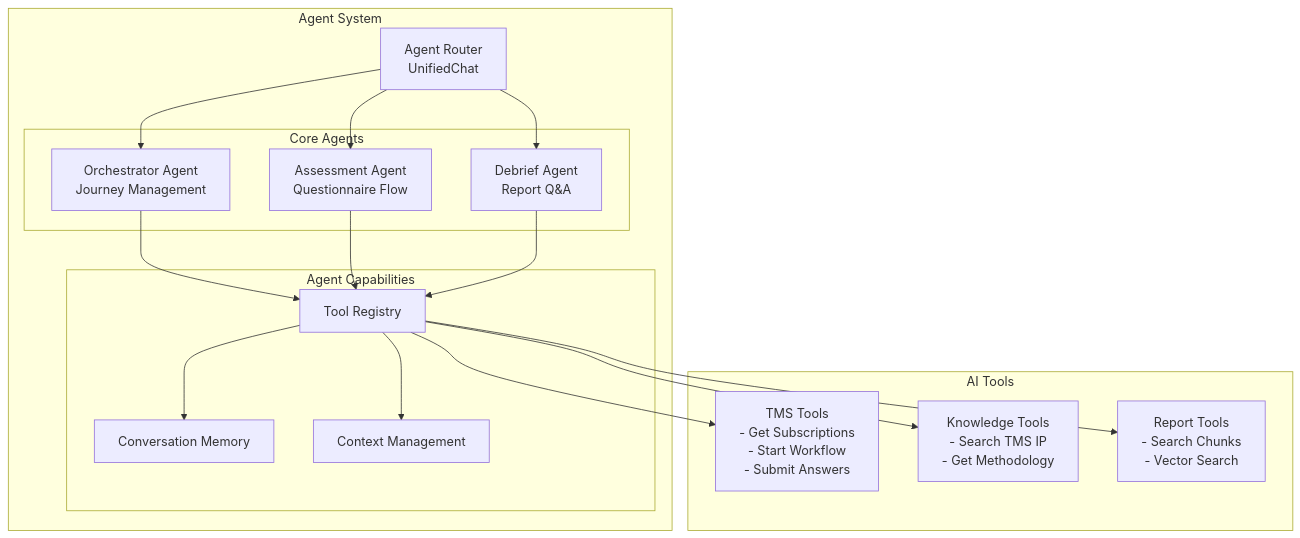
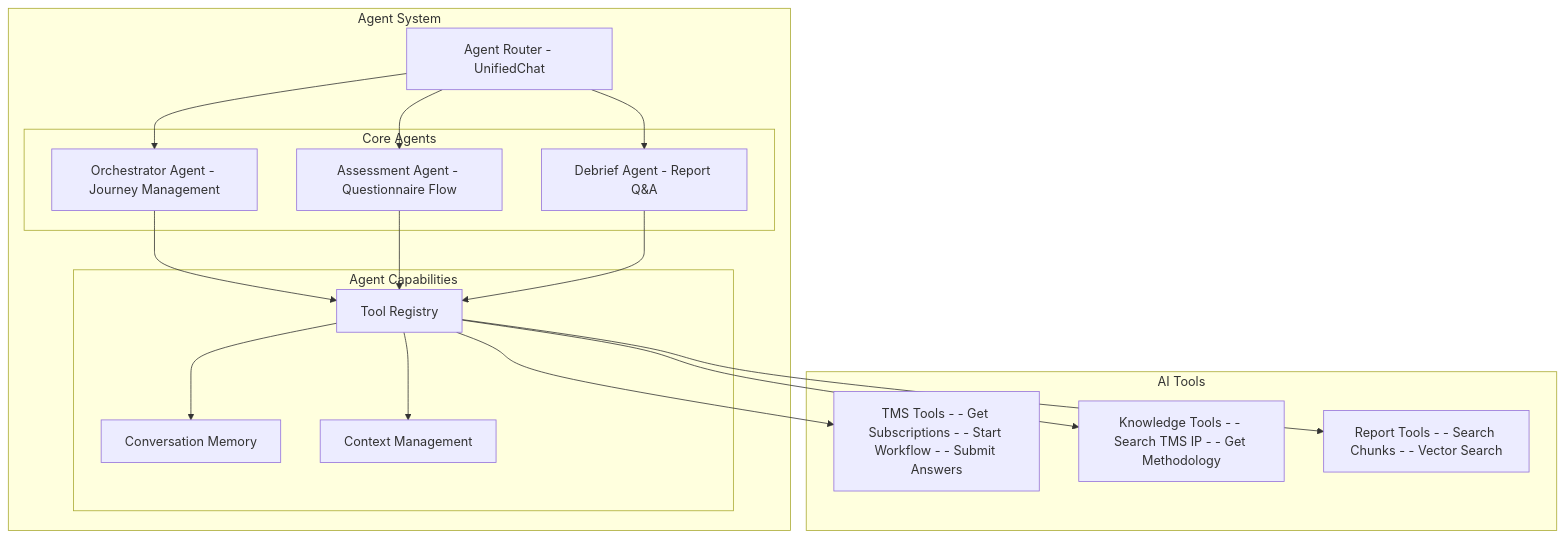
Before and after one commit to tmscoach/teamOS-Agents-Demo: the fifth of 11 diagrams in docs/tms-api-spec/SYSTEM-ARCHITECTURE.md, drawn with Mermaid. The commit also changed other lines of this file, not shown here.

First line of the commit message:
fix: Replace HTML br tags in Mermaid diagrams

````diff
--- a/docs/tms-api-spec/SYSTEM-ARCHITECTURE.md
+++ b/docs/tms-api-spec/SYSTEM-ARCHITECTURE.md
@@ -201,39 +201,39 @@
 ```mermaid
 graph TD
     subgraph "Agent System"
-        Router[Agent Router<br/>UnifiedChat]
+        Router[Agent Router - UnifiedChat]
         
         subgraph "Core Agents"
-            Orch[Orchestrator Agent<br/>Journey Management]
-            Assess[Assessment Agent<br/>Questionnaire Flow]
-            Debrief[Debrief Agent<br/>Report Q&A]
+            Orch[Orchestrator Agent - Journey Management]
+            Assess[Assessment Agent - Questionnaire Flow]
+            Debrief[Debrief Agent - Report Q&A]
         end
         
         subgraph "Agent Capabilities"
             Tools[Tool Registry]
             Memory[Conversation Memory]
             Context[Context Management]
         end
     end
     
     subgraph "AI Tools"
-        TMSTools[TMS Tools<br/>- Get Subscriptions<br/>- Start Workflow<br/>- Submit Answers]
-        KBTools[Knowledge Tools<br/>- Search TMS IP<br/>- Get Methodology]
-        ReportTools[Report Tools<br/>- Search Chunks<br/>- Vector Search]
+        TMSTools[TMS Tools - - Get Subscriptions - - Start Workflow - - Submit Answers]
+        KBTools[Knowledge Tools - - Search TMS IP - - Get Methodology]
+        ReportTools[Report Tools - - Search Chunks - - Vector Search]
     end
     
     Router --> Orch
     Router --> Assess
     Router --> Debrief
     
     Orch --> Tools
     Assess --> Tools
     Debrief --> Tools
     
     Tools --> TMSTools
     Tools --> KBTools
     Tools --> ReportTools
     
     Tools --> Memory
     Tools --> Context
 ```
````
